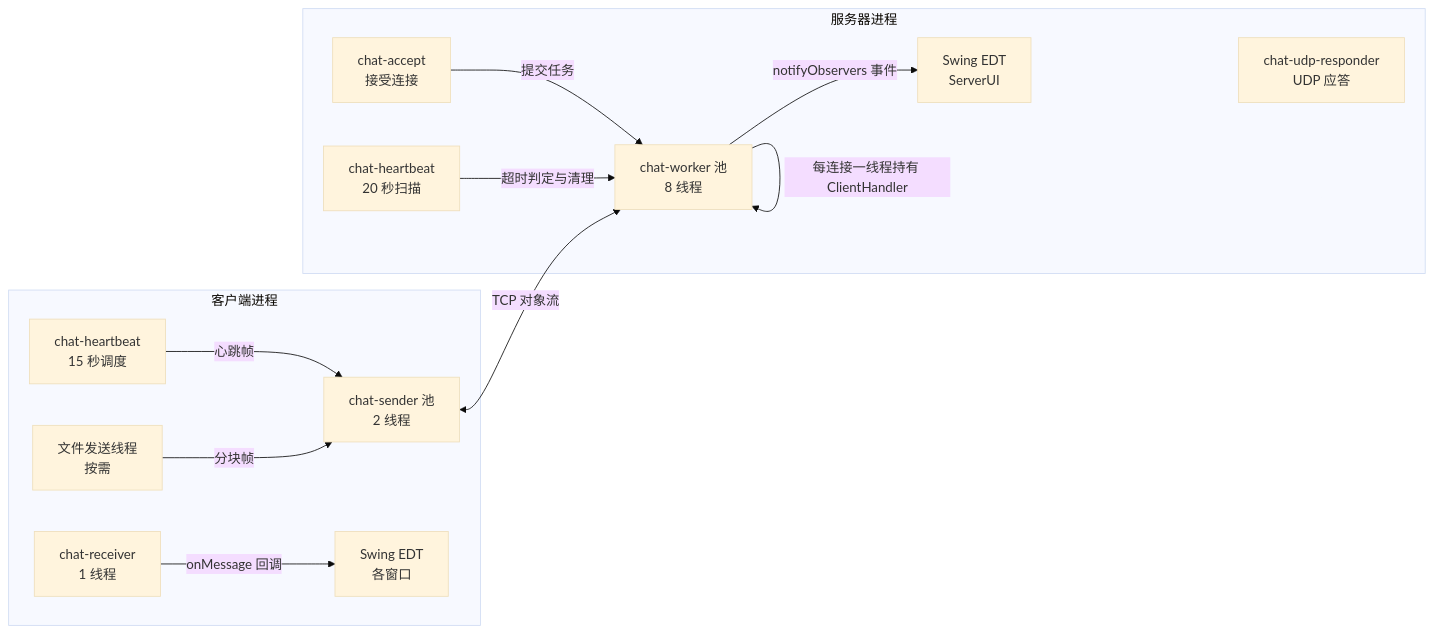
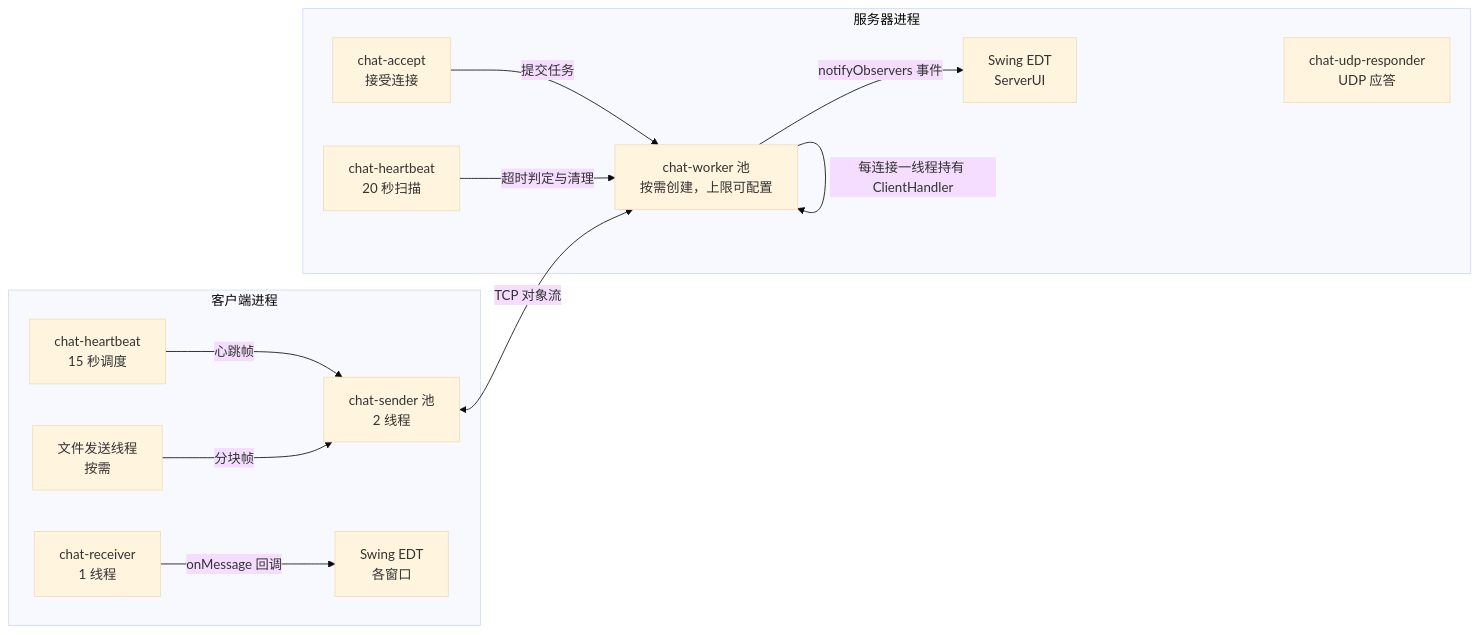
Before and after one commit to FeiTwnd/lanchat: the seventh of 8 diagrams in docs/design/02-系统设计.md, drawn with Mermaid (base theme). The commit also changed other lines of this file and 20 other files, not shown here.

````diff
--- a/docs/design/02-系统设计.md
+++ b/docs/design/02-系统设计.md
@@ -819,27 +819,27 @@
 ```mermaid
 flowchart LR
     subgraph SERVER["服务器进程"]
         ACCEPT["chat-accept<br/>接受连接"]
-        POOL["chat-worker 池<br/>8 线程"]
+        POOL["chat-worker 池<br/>按需创建，上限可配置"]
         HB["chat-heartbeat<br/>20 秒扫描"]
         UDP["chat-udp-responder<br/>UDP 应答"]
         EDT["Swing EDT<br/>ServerUI"]
         ACCEPT -->|"提交任务"| POOL
         POOL -->|"每连接一线程持有 ClientHandler"| POOL
         HB -->|"超时判定与清理"| POOL
         POOL -->|"notifyObservers 事件"| EDT
     end
 
     subgraph CLIENT["客户端进程"]
         RECV["chat-receiver<br/>1 线程"]
         SEND["chat-sender 池<br/>2 线程"]
         CHB["chat-heartbeat<br/>15 秒调度"]
         FILETX["文件发送线程<br/>按需"]
         CEDT["Swing EDT<br/>各窗口"]
         CHB -->|"心跳帧"| SEND
         FILETX -->|"分块帧"| SEND
         RECV -->|"onMessage 回调"| CEDT
     end
 
     SEND <-->|"TCP 对象流"| POOL
 ```
````
